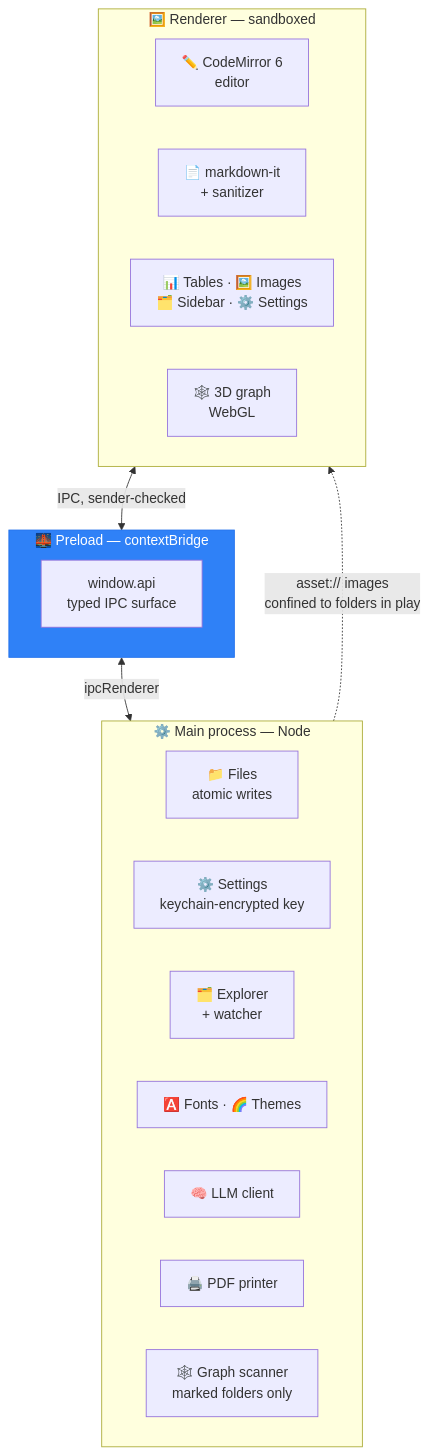
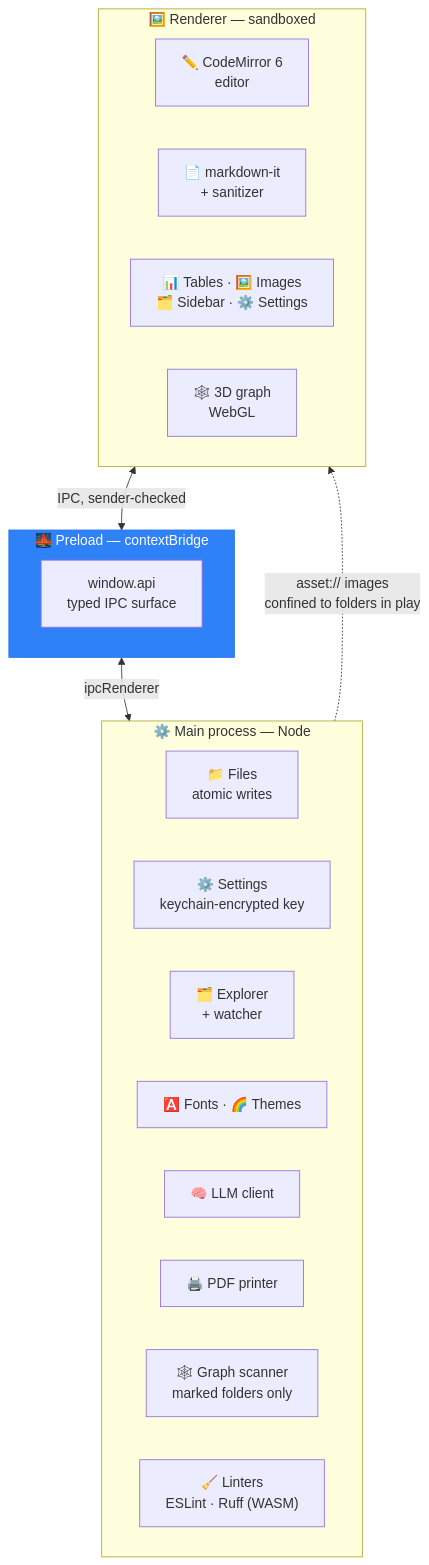
Before and after one commit to csnakke/tendril: the seventh of 8 diagrams in README.md, drawn with Mermaid. The commit also changed other lines of this file, not shown here.

````diff
--- a/README.md
+++ b/README.md
@@ -795,27 +850,28 @@
 ```mermaid
 flowchart TB
     subgraph M ["⚙️ Main process — Node"]
         direction LR
         M1["📁 Files<br/>atomic writes"]
         M2["⚙️ Settings<br/>keychain-encrypted key"]
         M3["🗂️ Explorer<br/>+ watcher"]
         M4["🅰️ Fonts · 🌈 Themes"]
         M5["🧠 LLM client"]
         M6["🖨️ PDF printer"]
         M7["🕸️ Graph scanner<br/>marked folders only"]
+        M8["🧹 Linters<br/>ESLint · Ruff (WASM)"]
     end
     subgraph P ["🌉 Preload — contextBridge"]
         P1["window.api<br/>typed IPC surface"]
     end
     subgraph R ["🖼️ Renderer — sandboxed"]
         direction LR
         R1["✏️ CodeMirror 6<br/>editor"]
         R2["📄 markdown-it<br/>+ sanitizer"]
         R3["📊 Tables · 🖼️ Images<br/>🗂️ Sidebar · ⚙️ Settings"]
         R4["🕸️ 3D graph<br/>WebGL"]
     end
     R <-->|"IPC, sender-checked"| P
     P <-->|"ipcRenderer"| M
     M -.->|"asset:// images<br/>confined to folders in play"| R
     style P fill:#2f81f7,stroke:#1f6feb,color:#fff
 ```
````
